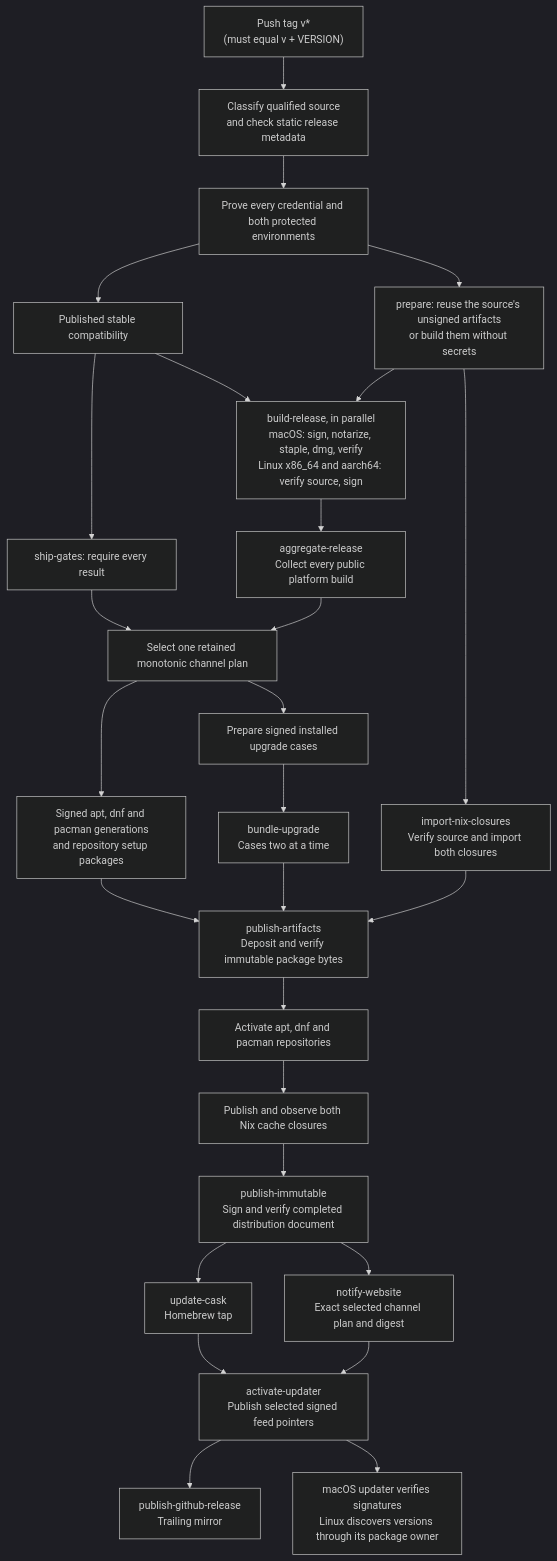
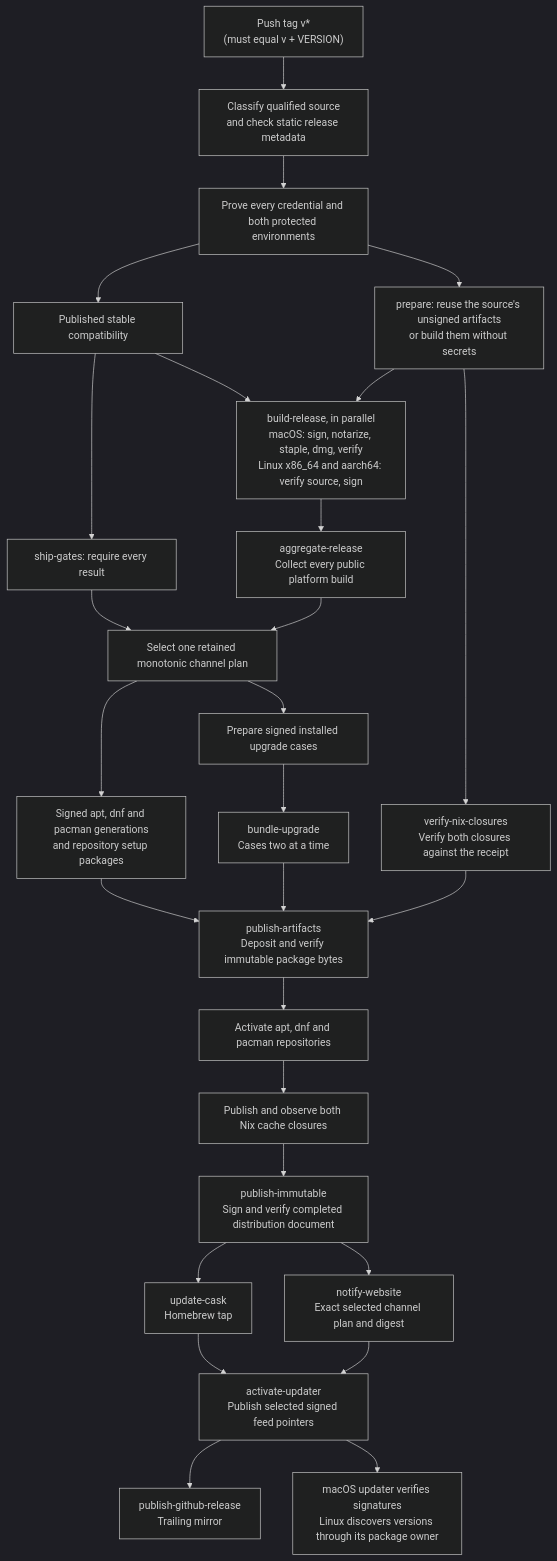
Before and after one commit to paintedwolf-ai/paintedwolf-code: the diagram in docs/dev-tasks.md, drawn with Mermaid (dark theme). The commit also changed other lines of this file and 12 other files, not shown here.

````diff
--- a/docs/dev-tasks.md
+++ b/docs/dev-tasks.md
@@ -1134,29 +1134,29 @@
 ```mermaid
 flowchart TD
     tag["Push tag v*<br/>(must equal v + VERSION)"] --> classify["Classify qualified source<br/>and check static release metadata"]
     classify --> probe["Prove every credential and both protected environments"]
     probe --> compat["Published stable compatibility"]
     probe --> prepare["prepare: reuse the source's unsigned artifacts<br/>or build them without secrets"]
     compat --> gates["ship-gates: require every result"]
     prepare --> sign["build-release, in parallel<br/>macOS: sign, notarize, staple, dmg, verify<br/>Linux x86_64 and aarch64: verify source, sign"]
     compat --> sign
-    prepare --> nix["import-nix-closures<br/>Verify source and import both closures"]
+    prepare --> nix["verify-nix-closures<br/>Verify both closures against the receipt"]
     sign --> aggregate["aggregate-release<br/>Collect every public platform build"]
     aggregate --> plan["Select one retained monotonic channel plan"]
     gates --> plan
     plan --> repos["Signed apt, dnf and pacman generations<br/>and repository setup packages"]
     plan --> cases["Prepare signed installed upgrade cases"]
     cases --> upgrade["bundle-upgrade<br/>Cases two at a time"]
     repos --> deposit["publish-artifacts<br/>Deposit and verify immutable package bytes"]
     upgrade --> deposit
     nix --> deposit
     deposit --> native["Activate apt, dnf and pacman repositories"]
     native --> cache["Publish and observe both Nix cache closures"]
     cache --> document["publish-immutable<br/>Sign and verify completed distribution document"]
     document --> cask["update-cask<br/>Homebrew tap"]
     document --> website["notify-website<br/>Exact selected channel plan and digest"]
     cask --> updater["activate-updater<br/>Publish selected signed feed pointers"]
     website --> updater
     updater --> mirror["publish-github-release<br/>Trailing mirror"]
     updater --> clients["macOS updater verifies signatures<br/>Linux discovers versions through its package owner"]
 ```
````
